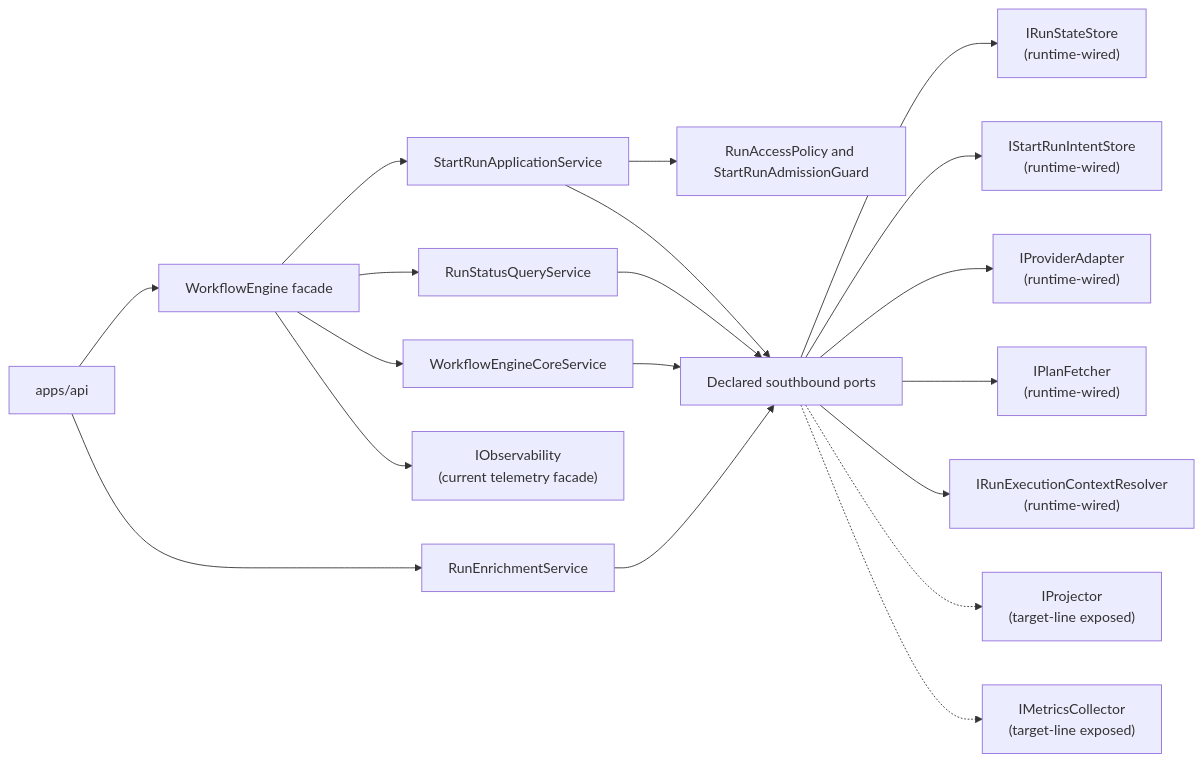
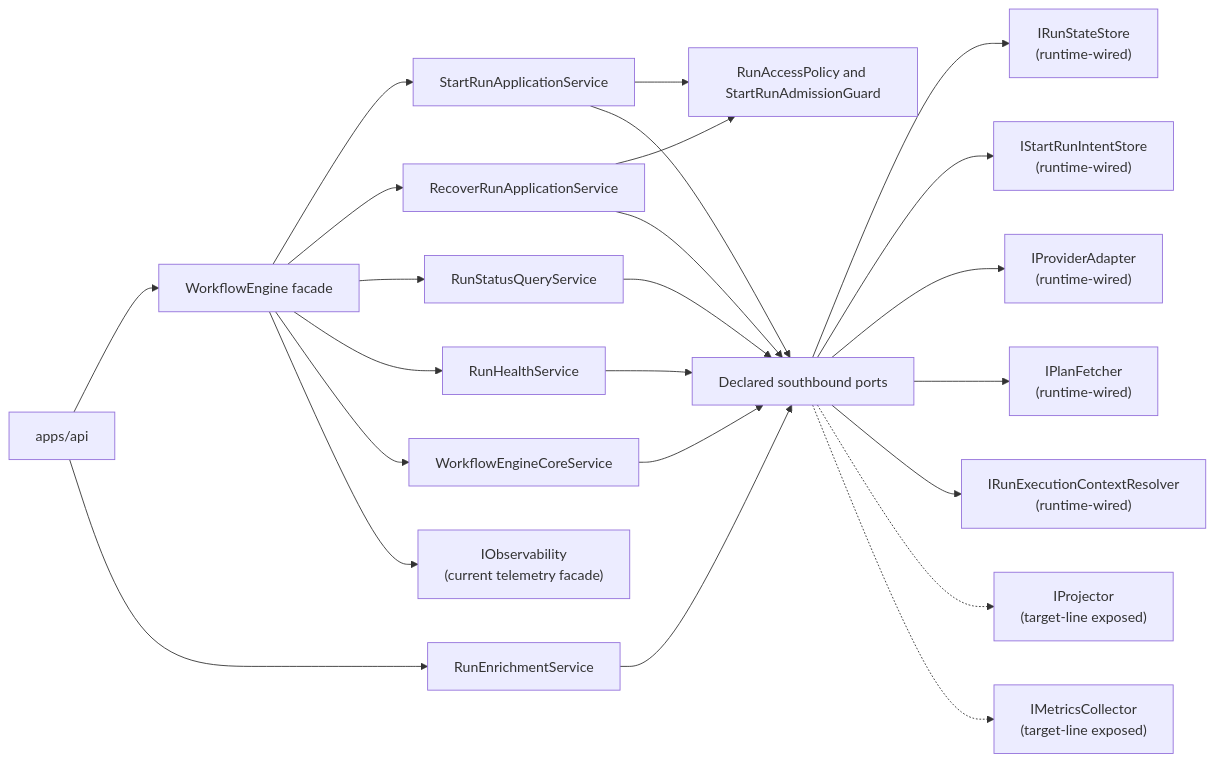
Before and after one commit to dunay2/dvt: the diagram in docs/architecture/components/engine/index.md, drawn with Mermaid. The commit also changed other lines of this file and 17 other files, not shown here.

Commit message:
refactor(engine): Delegate recover-run and health from workflow engine

````diff
--- a/docs/architecture/components/engine/index.md
+++ b/docs/architecture/components/engine/index.md
@@ -90,21 +94,26 @@
 ```mermaid
 flowchart LR
   Api["apps/api"] --> Engine["WorkflowEngine facade"]
   Api --> Enrich["RunEnrichmentService"]
   Engine --> StartRun["StartRunApplicationService"]
+  Engine --> Recover["RecoverRunApplicationService"]
   Engine --> Query["RunStatusQueryService"]
+  Engine --> Health["RunHealthService"]
   Engine --> Core["WorkflowEngineCoreService"]
+  Recover --> Policy["RunAccessPolicy and StartRunAdmissionGuard"]
   StartRun --> Policy["RunAccessPolicy and StartRunAdmissionGuard"]
   StartRun --> Ports["Declared southbound ports"]
+  Recover --> Ports
   Query --> Ports
+  Health --> Ports
   Core --> Ports
   Enrich --> Ports
   Ports --> State["IRunStateStore<br/>(runtime-wired)"]
   Ports --> Intent["IStartRunIntentStore<br/>(runtime-wired)"]
   Ports --> Providers["IProviderAdapter<br/>(runtime-wired)"]
   Ports --> Plan["IPlanFetcher<br/>(runtime-wired)"]
   Ports --> RunCtx["IRunExecutionContextResolver<br/>(runtime-wired)"]
   Ports -.-> Projector["IProjector<br/>(target-line exposed)"]
   Ports -.-> Metrics["IMetricsCollector<br/>(target-line exposed)"]
   Engine --> Obs["IObservability<br/>(current telemetry facade)"]
 ```
````
